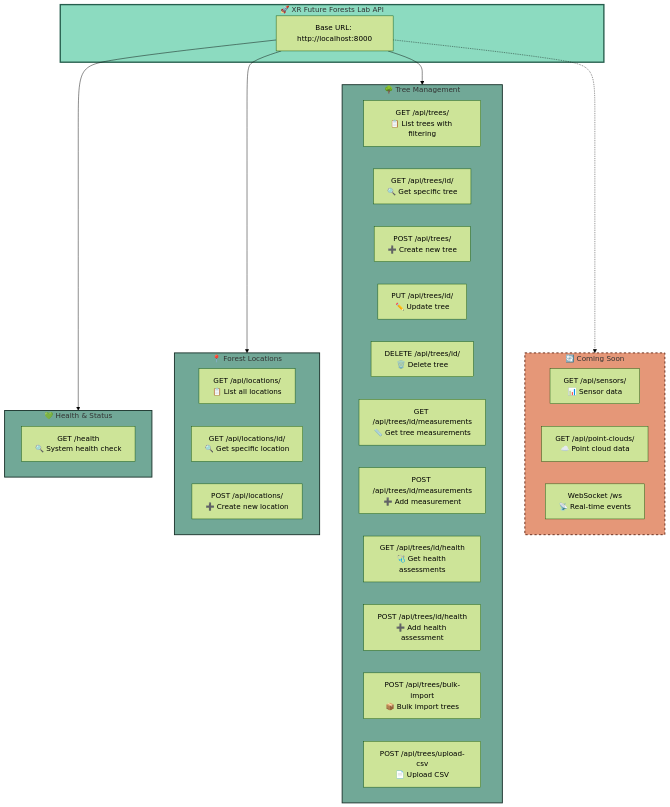
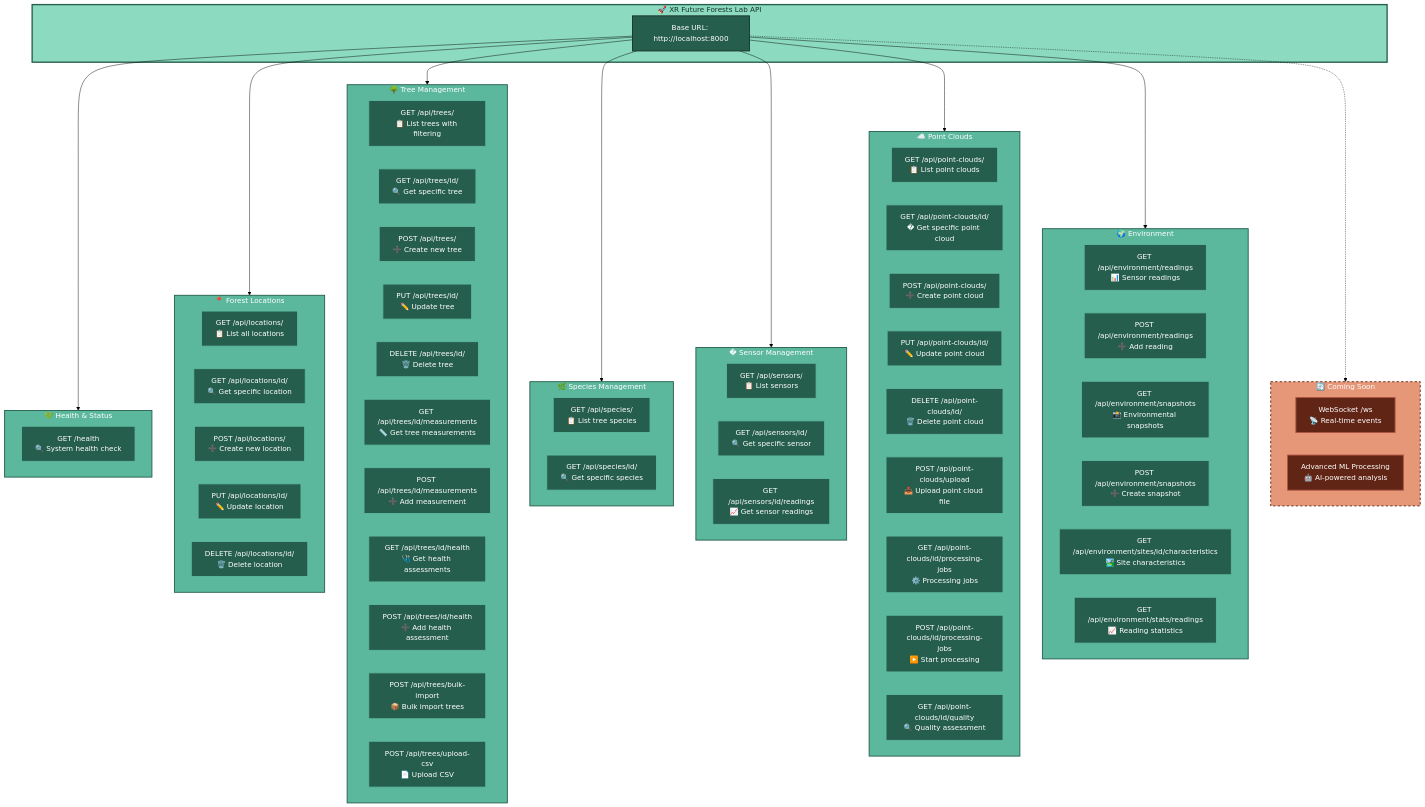
One commit to XRFutureForests/digital-twin-db changed the diagram in docs/api/endpoints.md. Above: the diagram before and after it, drawn with Mermaid (forest theme). The commit also changed other lines of this file and 13 other files, not shown here.

````diff
--- a/docs/api/endpoints.md
+++ b/docs/api/endpoints.md
@@ -24,6 +24,8 @@
         L1[GET /api/locations/<br/>📋 List all locations]
         L2[GET /api/locations/id/<br/>🔍 Get specific location]
         L3[POST /api/locations/<br/>➕ Create new location]
+        L4[PUT /api/locations/id/<br/>✏️ Update location]
+        L5[DELETE /api/locations/id/<br/>🗑️ Delete location]
     end
     
     subgraph TREES["🌳 Tree Management"]
@@ -40,22 +42,66 @@
         T11[POST /api/trees/upload-csv<br/>📄 Upload CSV]
     end
     
+    subgraph SPECIES["🌿 Species Management"]
+        S1[GET /api/species/<br/>📋 List tree species]
+        S2[GET /api/species/id/<br/>🔍 Get specific species]
+    end
+    
+    subgraph SENSORS["� Sensor Management"]
+        SE1[GET /api/sensors/<br/>📋 List sensors]
+        SE2[GET /api/sensors/id/<br/>🔍 Get specific sensor]
+        SE3[GET /api/sensors/id/readings<br/>📈 Get sensor readings]
+    end
+    
+    subgraph POINTCLOUDS["☁️ Point Clouds"]
+        PC1[GET /api/point-clouds/<br/>📋 List point clouds]
+        PC2[GET /api/point-clouds/id/<br/>� Get specific point cloud]
+        PC3[POST /api/point-clouds/<br/>➕ Create point cloud]
+        PC4[PUT /api/point-clouds/id/<br/>✏️ Update point cloud]
+        PC5[DELETE /api/point-clouds/id/<br/>🗑️ Delete point cloud]
+        PC6[POST /api/point-clouds/upload<br/>📤 Upload point cloud file]
+        PC7[GET /api/point-clouds/id/processing-jobs<br/>⚙️ Processing jobs]
+        PC8[POST /api/point-clouds/id/processing-jobs<br/>▶️ Start processing]
+        PC9[GET /api/point-clouds/id/quality<br/>🔍 Quality assessment]
+    end
+    
+    subgraph ENVIRONMENT["🌍 Environment"]
+        E1[GET /api/environment/readings<br/>📊 Sensor readings]
+        E2[POST /api/environment/readings<br/>➕ Add reading]
+        E3[GET /api/environment/snapshots<br/>📸 Environmental snapshots]
+        E4[POST /api/environment/snapshots<br/>➕ Create snapshot]
+        E5[GET /api/environment/sites/id/characteristics<br/>🏞️ Site characteristics]
+        E6[GET /api/environment/stats/readings<br/>📈 Reading statistics]
+    end
+    
     subgraph FUTURE["🔄 Coming Soon"]
-        F1[GET /api/sensors/<br/>📊 Sensor data]
-        F2[GET /api/point-clouds/<br/>☁️ Point cloud data]
-        F3[WebSocket /ws<br/>📡 Real-time events]
+        F1[WebSocket /ws<br/>📡 Real-time events]
+        F2[Advanced ML Processing<br/>🤖 AI-powered analysis]
     end
     
     BASE --> HEALTH
     BASE --> LOCATIONS
     BASE --> TREES
+    BASE --> SPECIES
+    BASE --> SENSORS
+    BASE --> POINTCLOUDS
+    BASE --> ENVIRONMENT
     BASE -.-> FUTURE
     
-    classDef api fill:#8cdbc0,stroke:#265e4d,stroke-width:3px
-    classDef implemented fill:#71a897,stroke:#183029,stroke-width:2px
-    classDef future fill:#e59778,stroke:#612515,stroke-width:2px,stroke-dasharray: 5 5
+    %% Subgraph styling - light colors
+    classDef api fill:#8cdbc0,stroke:#265e4d,stroke-width:3px,color:#183029
+    classDef implemented fill:#5cb89c,stroke:#265e4d,stroke-width:2px,color:#ffffff
+    classDef future fill:#e59778,stroke:#612515,stroke-width:2px,stroke-dasharray: 5 5,color:#ffffff
+    
+    %% Node styling - darkest colors  
+    classDef apiNodes fill:#265e4d,stroke:#183029,stroke-width:2px,color:#ffffff
+    classDef implementedNodes fill:#265e4d,stroke:#5cb89c,stroke-width:2px,color:#ffffff
+    classDef futureNodes fill:#612515,stroke:#ad5643,stroke-width:2px,color:#ffffff
     
     class API api
-    class HEALTH,LOCATIONS,TREES implemented
+    class BASE apiNodes
+    class HEALTH,LOCATIONS,TREES,SPECIES,SENSORS,POINTCLOUDS,ENVIRONMENT implemented
+    class H1,L1,L2,L3,L4,L5,T1,T2,T3,T4,T5,T6,T7,T8,T9,T10,T11,S1,S2,SE1,SE2,SE3,PC1,PC2,PC3,PC4,PC5,PC6,PC7,PC8,PC9,E1,E2,E3,E4,E5,E6 implementedNodes
     class FUTURE future
+    class F1,F2 futureNodes
 ```
````
